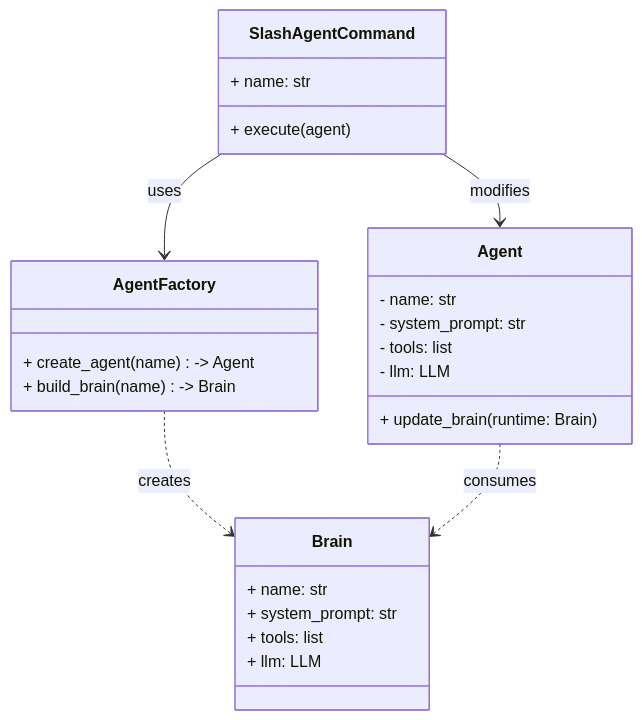
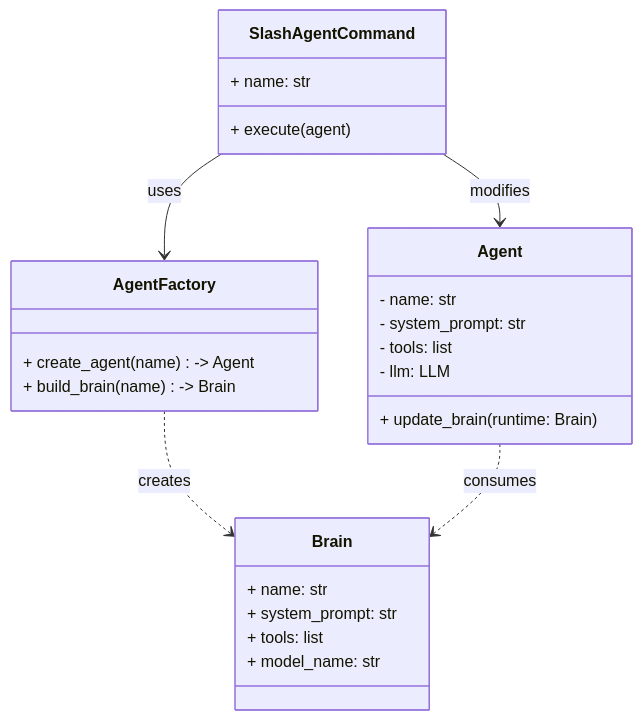
One commit to gregorriegler/simple-agent changed the diagram in docs/spec/slash-agent-command.spec.plan.md. Above: the diagram before and after it, drawn with Mermaid. The commit also changed other lines of this file, not shown here.

````diff
--- a/docs/spec/slash-agent-command.spec.plan.md
+++ b/docs/spec/slash-agent-command.spec.plan.md
@@ -8,32 +8,32 @@
 ```mermaid
 classDiagram
     class Agent {
         - name: str
         - system_prompt: str
         - tools: list
         - llm: LLM
         + update_brain(runtime: Brain)
     }
 
     class Brain {
         + name: str
         + system_prompt: str
         + tools: list
-        + llm: LLM
+        + model_name: str
     }
 
     class AgentFactory {
         + create_agent(name) -> Agent
         + build_brain(name) -> Brain
     }
 
     class SlashAgentCommand {
         + name: str
         + execute(agent)
     }
 
     AgentFactory ..> Brain : creates
     Agent ..> Brain : consumes
     SlashAgentCommand --> AgentFactory : uses
     SlashAgentCommand --> Agent : modifies
 ```
````
